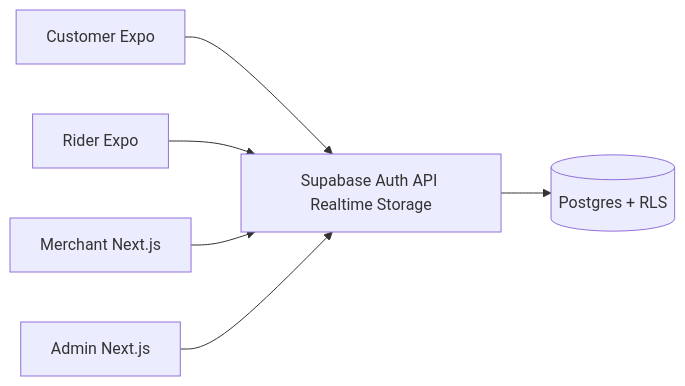
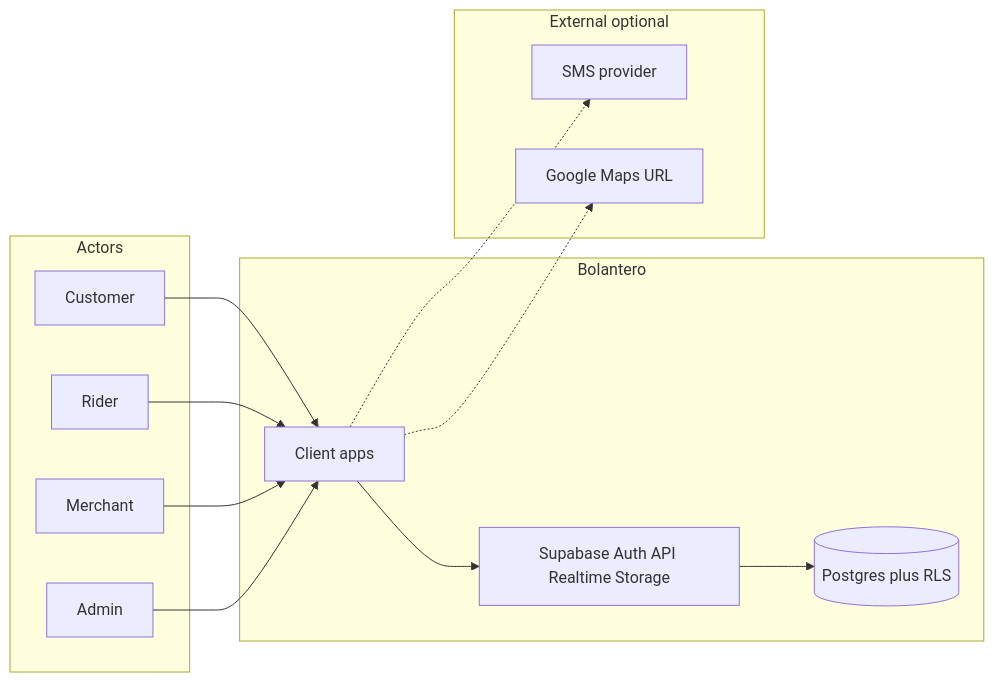
Before and after one commit to alvinapolinario/bolantero: the first of 7 diagrams in docs/sdlc/02-ANALYSIS-DESIGN.md, drawn with Mermaid. The commit also changed other lines of this file and 11 other files, not shown here.

````diff
--- a/docs/sdlc/02-ANALYSIS-DESIGN.md
+++ b/docs/sdlc/02-ANALYSIS-DESIGN.md
@@ -8,15 +25,29 @@
 ```mermaid
 flowchart LR
-  Customer[Customer Expo]
-  Rider[Rider Expo]
-  Merchant[Merchant Next.js]
-  Admin[Admin Next.js]
-  API[Supabase Auth API Realtime Storage]
-  DB[(Postgres + RLS)]
+  subgraph actors [Actors]
+    Customer
+    Rider
+    Merchant
+    Admin
+  end
 
-  Customer --> API
-  Rider --> API
-  Merchant --> API
-  Admin --> API
-  API --> DB
+  subgraph bolantero [Bolantero]
+    Apps[Client apps]
+    Supabase[Supabase Auth API Realtime Storage]
+    Postgres[(Postgres plus RLS)]
+  end
+
+  subgraph external [External optional]
+    SMS[SMS provider]
+    Maps[Google Maps URL]
+  end
+
+  Customer --> Apps
+  Rider --> Apps
+  Merchant --> Apps
+  Admin --> Apps
+  Apps --> Supabase
+  Supabase --> Postgres
+  Apps -.-> SMS
+  Apps -.-> Maps
 ```
````
